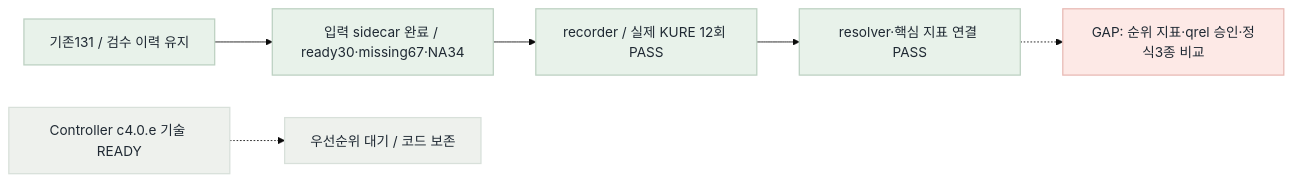
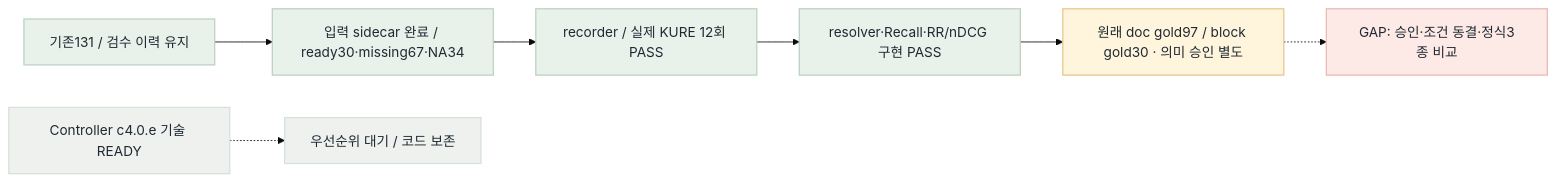
The diagram in fivecircles/work/2026-09-05-search-first-relay-current-flow.mmd (KongSeok/sprint-public-procurement-rag-assistant), drawn with Mermaid (base theme) before and after one commit. The commit also changed 16 other files, not shown here.

```diff
--- a/fivecircles/work/2026-09-05-search-first-relay-current-flow.mmd
+++ b/fivecircles/work/2026-09-05-search-first-relay-current-flow.mmd
@@ -1,13 +1,15 @@
 flowchart LR
   A["기존131 / 검수 이력 유지"] --> B["입력 sidecar 완료 / ready30·missing67·NA34"]
   B --> C["recorder / 실제 KURE 12회 PASS"]
-  C --> D["resolver·핵심 지표 연결 PASS"]
-  D -.-> E["GAP: 순위 지표·qrel 승인·정식3종 비교"]
+  C --> D["resolver·Recall·RR/nDCG 구현 PASS"]
+  D --> H["원래 doc gold97 / block gold30 · 의미 승인 별도"]
+  H -.-> E["GAP: 승인·조건 동결·정식3종 비교"]
   F["Controller c4.0.e 기술 READY"] -.-> G["우선순위 대기 / 코드 보존"]
   classDef green fill:#e8f2ea,stroke:#bdd1c2,color:#1f2933,stroke-width:1.5px
   classDef red fill:#fde9e6,stroke:#e8bab5,color:#1f2933,stroke-width:1.5px
   classDef gray fill:#eef1ed,stroke:#d8e0da,color:#1f2933,stroke-width:1.5px
   classDef amber fill:#fff4dc,stroke:#e7c88f,color:#1f2933,stroke-width:1.5px
   class A,B,C,D green
+  class H amber
   class E red
   class F,G gray
```
